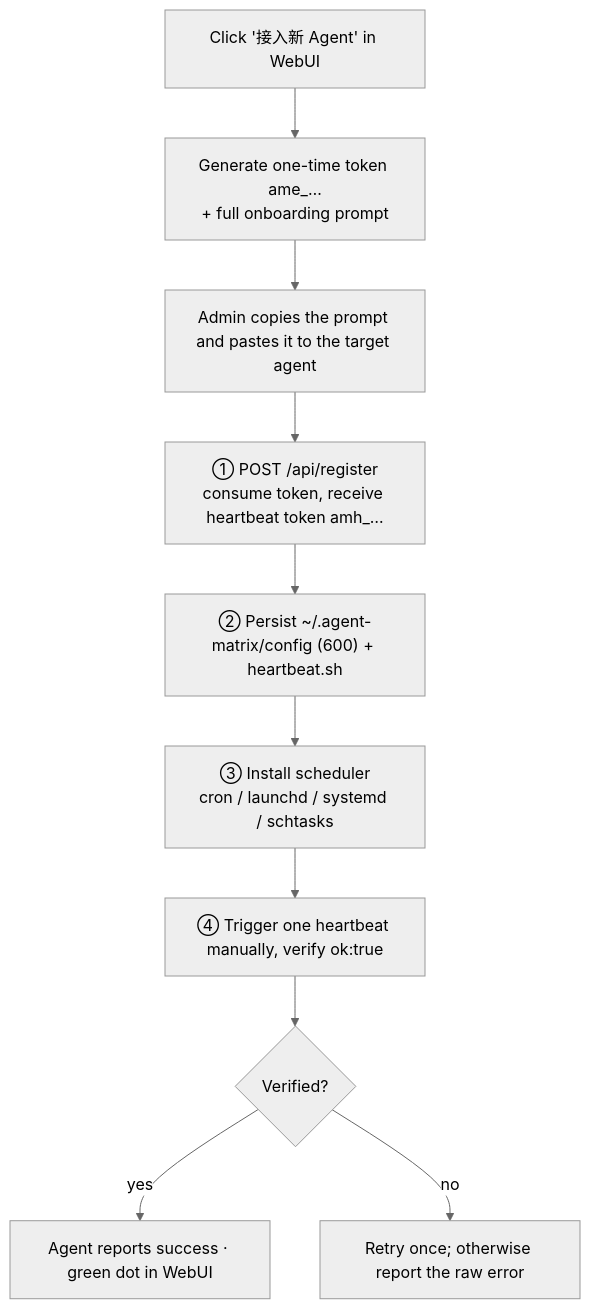
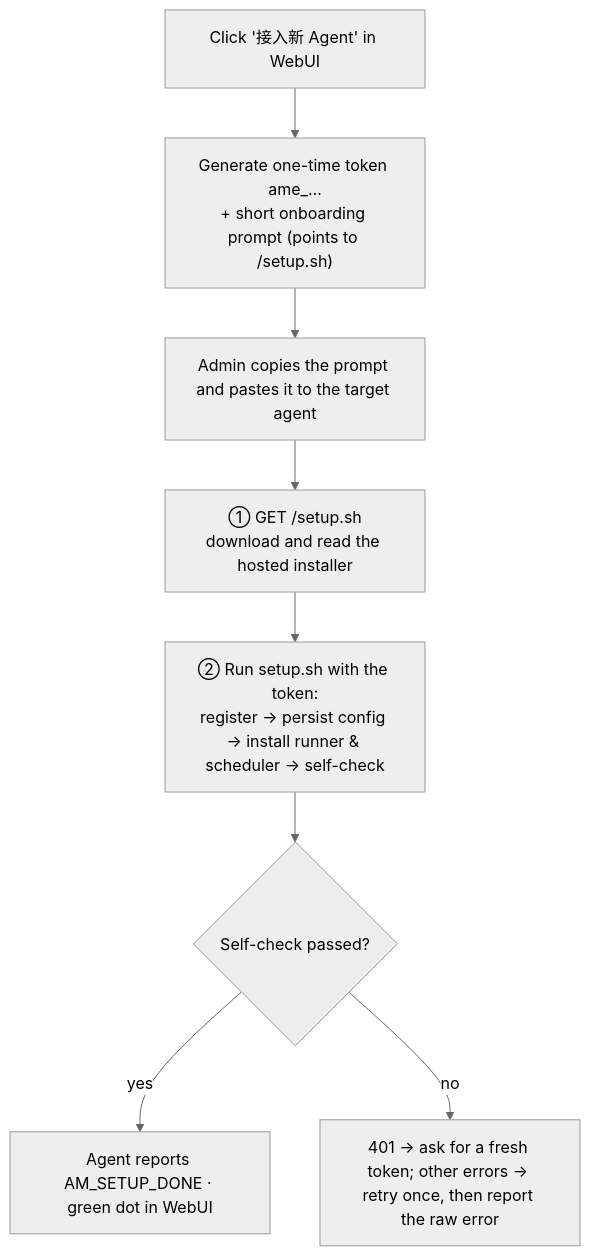
The second of 5 diagrams in README.en.md (HankGuo/agent-matrix), drawn with Mermaid (neutral theme) before and after one commit. The commit also changed other lines of this file and 6 other files, not shown here.

First line of the commit message:
Slim onboarding prompt: server-hosted idempotent setup.sh (v0.5.1)

````diff
--- a/README.en.md
+++ b/README.en.md
@@ -42,12 +43,10 @@
 ```mermaid
 flowchart TD
-    A["Click '接入新 Agent' in WebUI"] --> B["Generate one-time token ame_…<br/>+ full onboarding prompt"]
+    A["Click '接入新 Agent' in WebUI"] --> B["Generate one-time token ame_…<br/>+ short onboarding prompt (points to /setup.sh)"]
     B --> C["Admin copies the prompt and pastes it to the target agent"]
-    C --> D["① POST /api/register<br/>consume token, receive heartbeat token amh_…"]
-    D --> E["② Persist ~/.agent-matrix/config (600) + heartbeat.sh"]
-    E --> F["③ Install scheduler<br/>cron / launchd / systemd / schtasks"]
-    F --> G["④ Trigger one heartbeat manually, verify ok:true"]
-    G --> H{"Verified?"}
-    H -- yes --> I["Agent reports success · green dot in WebUI"]
-    H -- no --> J["Retry once; otherwise report the raw error"]
+    C --> D["① GET /setup.sh<br/>download and read the hosted installer"]
+    D --> E["② Run setup.sh with the token:<br/>register → persist config → install runner & scheduler → self-check"]
+    E --> F{"Self-check passed?"}
+    F -- yes --> G["Agent reports AM_SETUP_DONE · green dot in WebUI"]
+    F -- no --> H["401 → ask for a fresh token; other errors → retry once, then report the raw error"]
 ```
````
